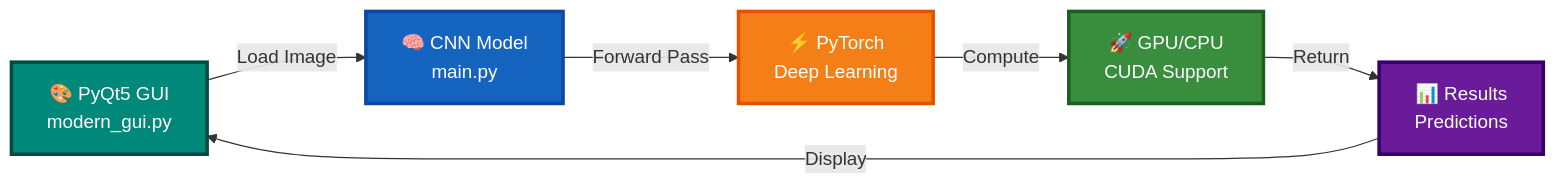
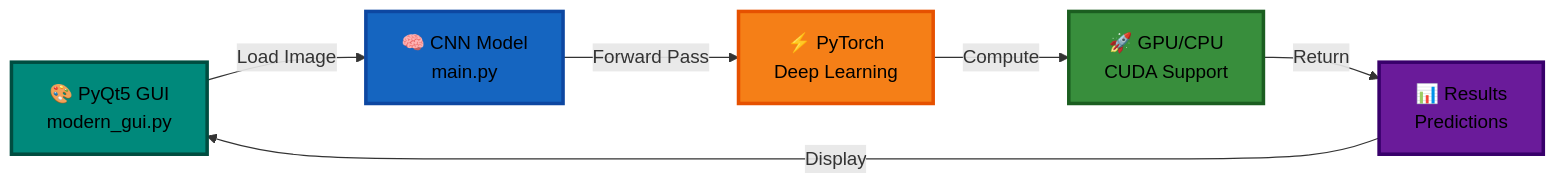
One commit to VishnuKant0925/MNIST-Digit-Classifier- changed the second of 5 diagrams in README.md. Above: the diagram before and after it, drawn with Mermaid. The commit also changed other lines of this file, not shown here.

````diff
--- a/README.md
+++ b/README.md
@@ -249,20 +249,20 @@
 ```mermaid
 graph LR
     GUI["🎨 PyQt5 GUI<br/>modern_gui.py"]
     MODEL["🧠 CNN Model<br/>main.py"]
     PYTORCH["⚡ PyTorch<br/>Deep Learning"]
     GPU["🚀 GPU/CPU<br/>CUDA Support"]
     OUTPUT["📊 Results<br/>Predictions"]
 
     GUI -->|Load Image| MODEL
     MODEL -->|Forward Pass| PYTORCH
     PYTORCH -->|Compute| GPU
     GPU -->|Return| OUTPUT
     OUTPUT -->|Display| GUI
 
-    style GUI fill:#00897B,stroke:#004D40,stroke-width:3px,color:#fff
-    style MODEL fill:#1565C0,stroke:#0D47A1,stroke-width:3px,color:#fff
-    style PYTORCH fill:#F57F17,stroke:#E65100,stroke-width:3px,color:#fff
-    style GPU fill:#388E3C,stroke:#1B5E20,stroke-width:3px,color:#fff
-    style OUTPUT fill:#6A1B9A,stroke:#38006B,stroke-width:3px,color:#fff
+    style GUI fill:#00897B,stroke:#004D40,stroke-width:3px,color:#000
+    style MODEL fill:#1565C0,stroke:#0D47A1,stroke-width:3px,color:#000
+    style PYTORCH fill:#F57F17,stroke:#E65100,stroke-width:3px,color:#000
+    style GPU fill:#388E3C,stroke:#1B5E20,stroke-width:3px,color:#000
+    style OUTPUT fill:#6A1B9A,stroke:#38006B,stroke-width:3px,color:#000
 ```
````
